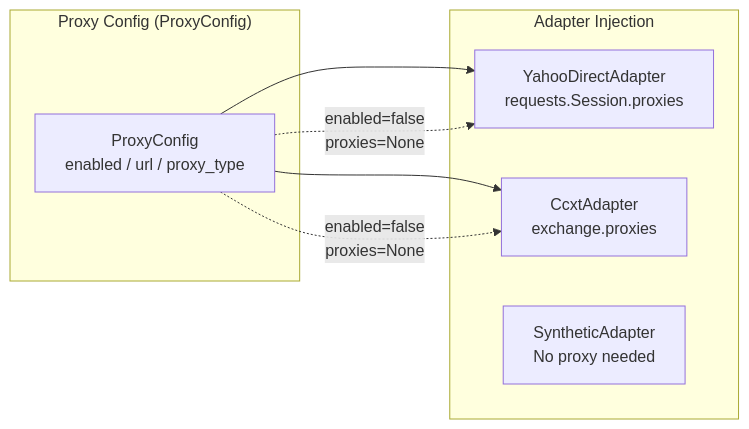
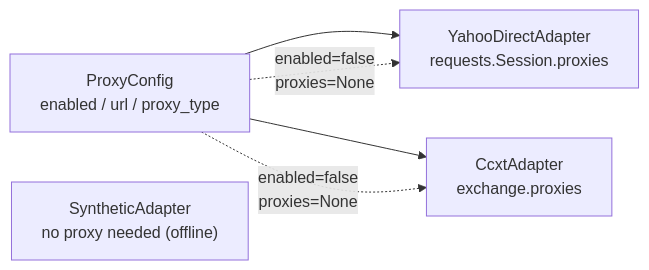
One commit to RESBI/StockStatistic changed the fifth of 23 diagrams in DESIGN.md. Above: the diagram before and after it, drawn with Mermaid. The commit also changed other lines of this file and 12 other files, not shown here.

````diff
--- a/DESIGN.md
+++ b/DESIGN.md
@@ -292,17 +270,8 @@
 ```mermaid
 graph LR
-    subgraph "Proxy Config (ProxyConfig)"
-        PC["ProxyConfig<br/>enabled / url / proxy_type"]
-    end
-    
-    subgraph "Adapter Injection"
-        YD["YahooDirectAdapter<br/>requests.Session.proxies"]
-        CC["CcxtAdapter<br/>exchange.proxies"]
-        SY["SyntheticAdapter<br/>No proxy needed"]
-    end
-    
-    PC --> YD
-    PC --> CC
+    PC["ProxyConfig<br/>enabled / url / proxy_type"] --> YD["YahooDirectAdapter<br/>requests.Session.proxies"]
+    PC --> CC["CcxtAdapter<br/>exchange.proxies"]
     PC -.->|"enabled=false<br/>proxies=None"| YD
     PC -.->|"enabled=false<br/>proxies=None"| CC
+    SY["SyntheticAdapter<br/>no proxy needed (offline)"]
 ```
````
